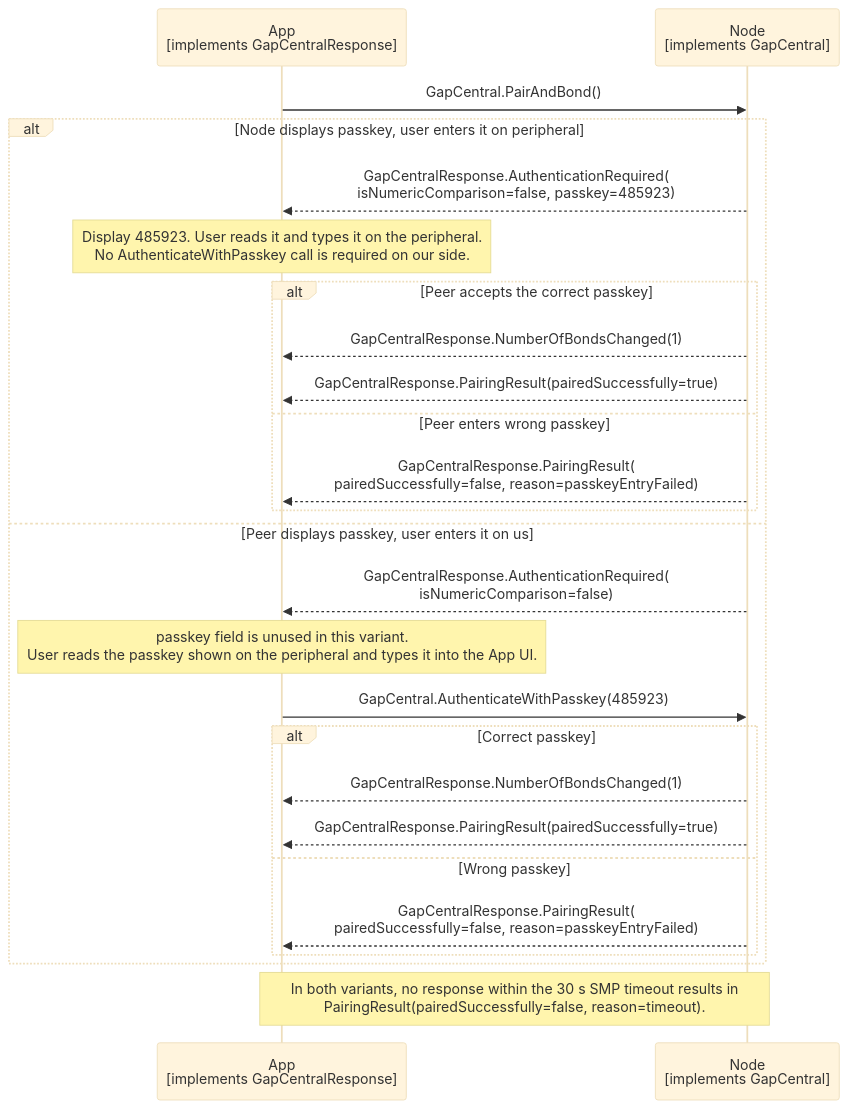
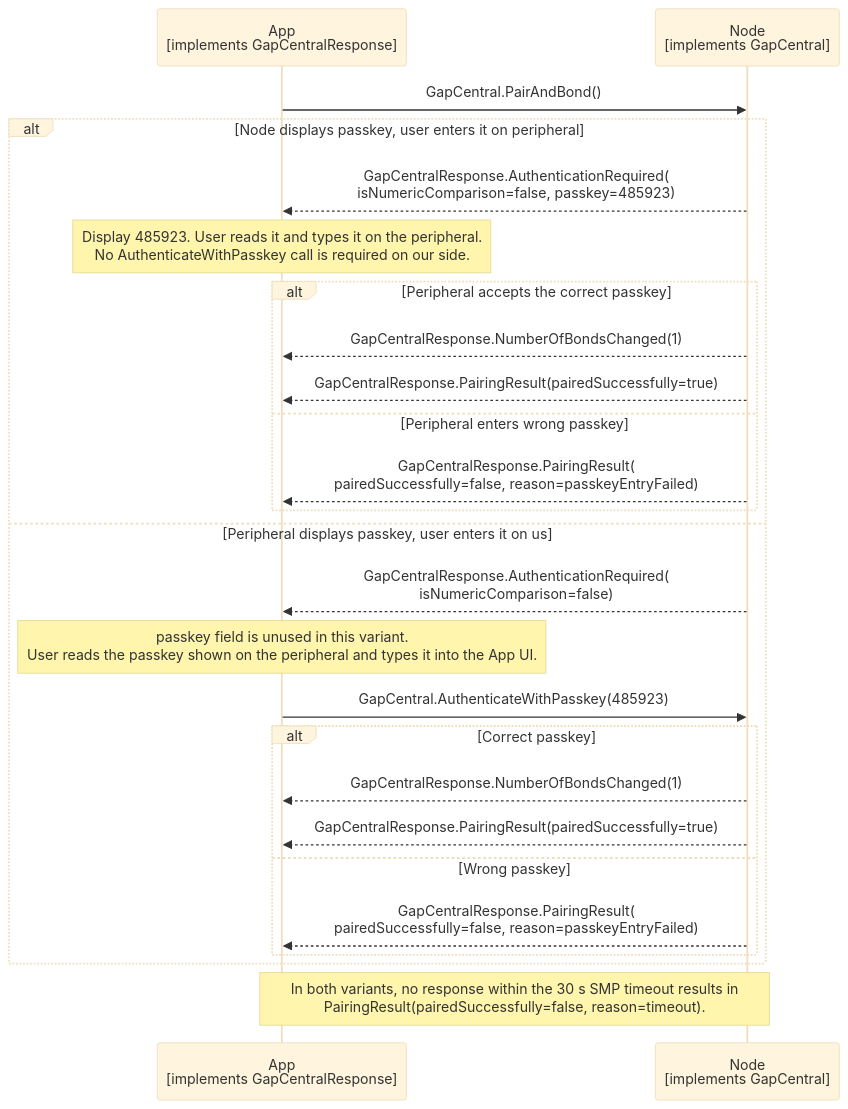
The diagram in documents/modules/ROOT/partials/echoservices/gap_central/GapCentral_PasskeyAuthentication_sequence.mmd (philips-software/amp-embedded-infra-lib), drawn with Mermaid (base theme) before and after one commit. The commit also changed 10 other files, not shown here.

Commit message:
peer -> peripheral naming

```diff
--- a/documents/modules/ROOT/partials/echoservices/gap_central/GapCentral_PasskeyAuthentication_sequence.mmd
+++ b/documents/modules/ROOT/partials/echoservices/gap_central/GapCentral_PasskeyAuthentication_sequence.mmd
@@ -1,31 +1,31 @@
 sequenceDiagram
     participant App as App<br>[implements GapCentralResponse]
     participant Node as Node<br>[implements GapCentral]
 
     App->>Node: GapCentral.PairAndBond()
 
     alt Node displays passkey, user enters it on peripheral
         Node-->>App: GapCentralResponse.AuthenticationRequired(<br>isNumericComparison=false, passkey=485923)
         Note over App: Display 485923. User reads it and types it on the peripheral.<br>No AuthenticateWithPasskey call is required on our side.
 
-        alt Peer accepts the correct passkey
+        alt Peripheral accepts the correct passkey
             Node-->>App: GapCentralResponse.NumberOfBondsChanged(1)
             Node-->>App: GapCentralResponse.PairingResult(pairedSuccessfully=true)
-        else Peer enters wrong passkey
+        else Peripheral enters wrong passkey
             Node-->>App: GapCentralResponse.PairingResult(<br>pairedSuccessfully=false, reason=passkeyEntryFailed)
         end
-    else Peer displays passkey, user enters it on us
+    else Peripheral displays passkey, user enters it on us
         Node-->>App: GapCentralResponse.AuthenticationRequired(<br>isNumericComparison=false)
         Note over App: passkey field is unused in this variant.<br>User reads the passkey shown on the peripheral and types it into the App UI.
 
         App->>Node: GapCentral.AuthenticateWithPasskey(485923)
 
         alt Correct passkey
             Node-->>App: GapCentralResponse.NumberOfBondsChanged(1)
             Node-->>App: GapCentralResponse.PairingResult(pairedSuccessfully=true)
         else Wrong passkey
             Node-->>App: GapCentralResponse.PairingResult(<br>pairedSuccessfully=false, reason=passkeyEntryFailed)
         end
     end
 
     Note over App, Node: In both variants, no response within the 30 s SMP timeout results in<br>PairingResult(pairedSuccessfully=false, reason=timeout).
```
